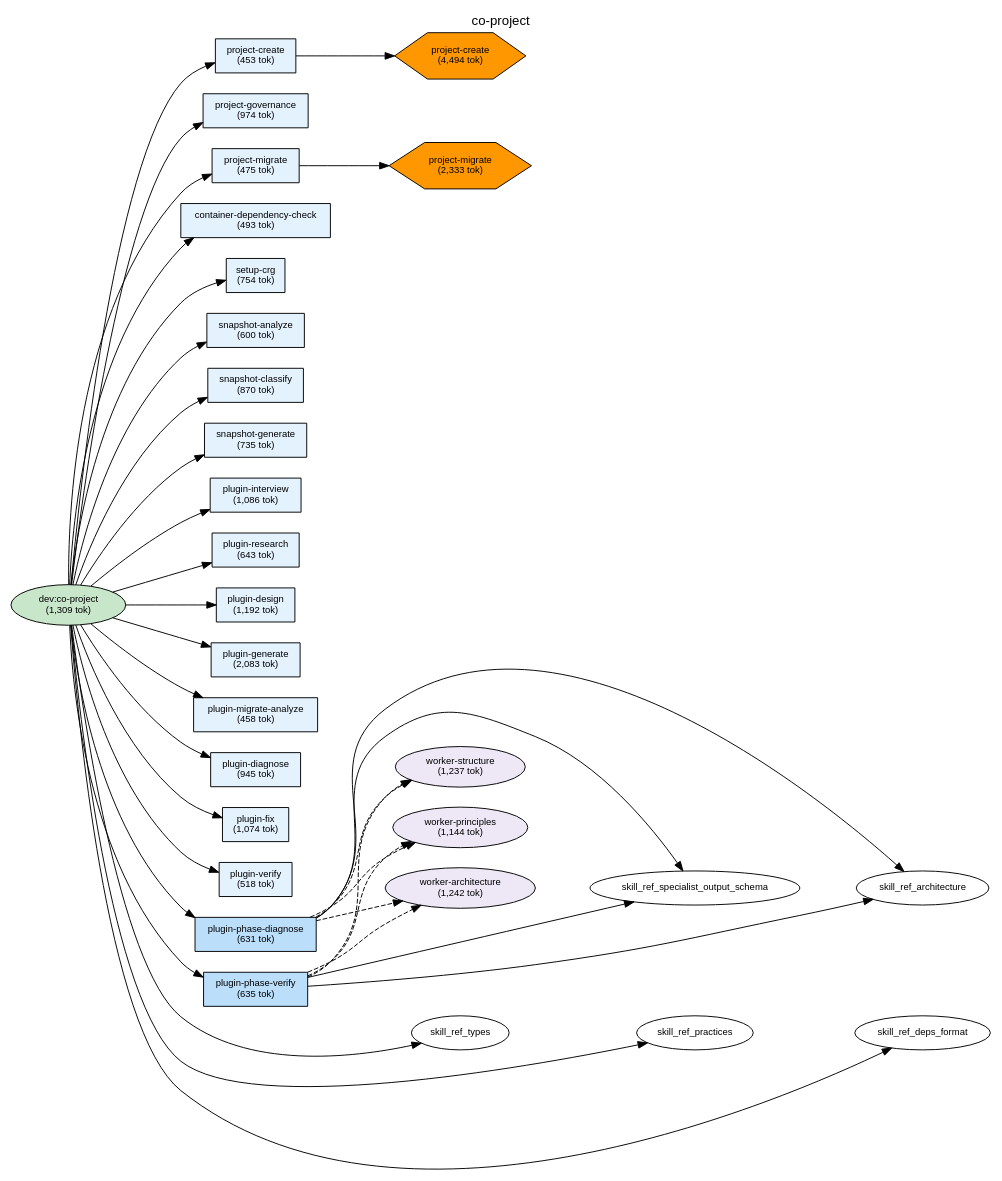
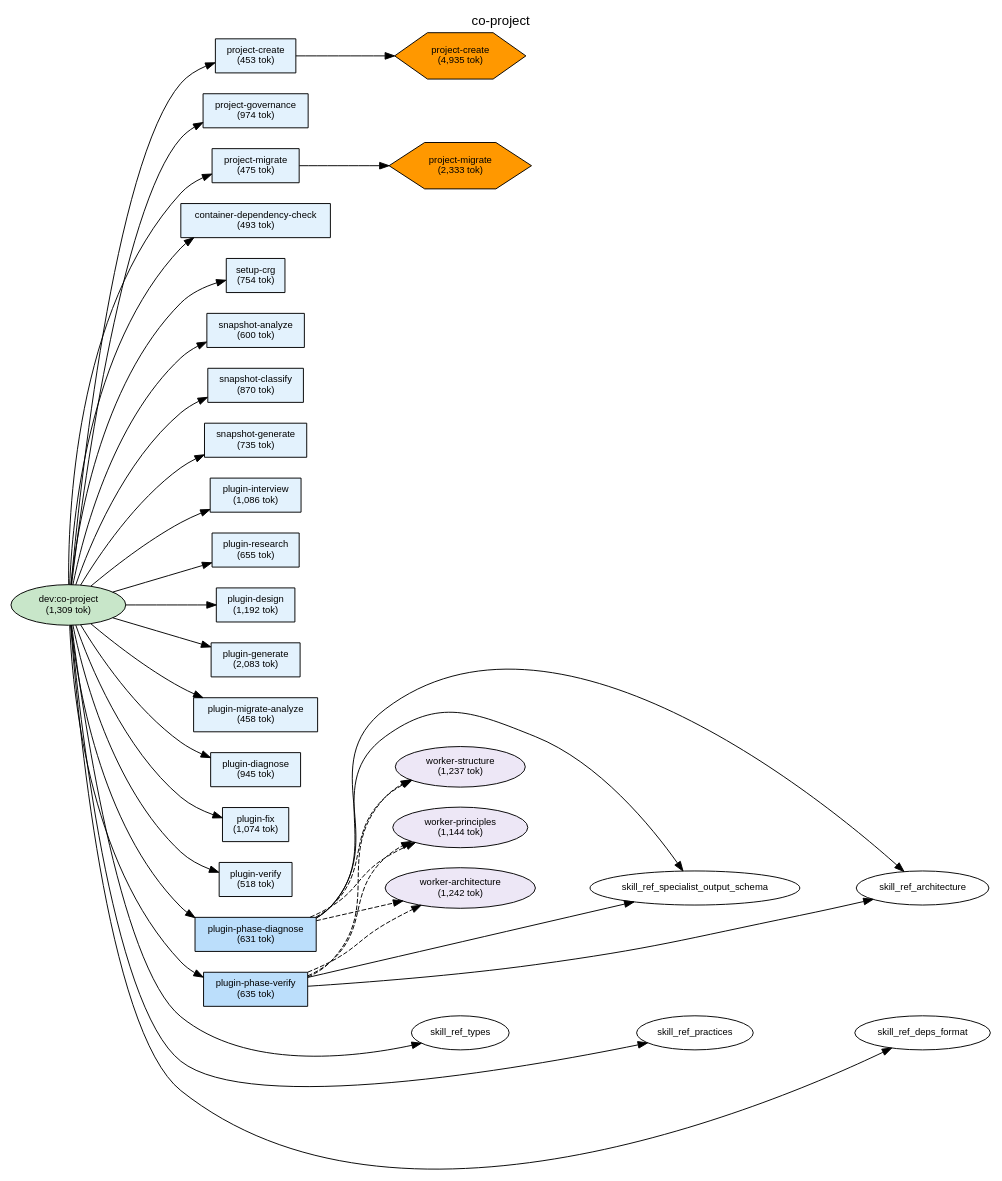
The diagram in plugins/dev/docs/deps-co-project.dot (shuu5/twill), drawn with Graphviz before and after one commit. The commit also changed 22 other files, not shown here.

```diff
--- a/plugins/dev/docs/deps-co-project.dot
+++ b/plugins/dev/docs/deps-co-project.dot
@@ -1,128 +1,128 @@
 digraph Dependencies {
     // Graph settings
     rankdir=LR;
     ranksep=0.8;
     nodesep=0.3;
     fontname="Helvetica";
     node [fontname="Helvetica", fontsize=10];
     edge [fontname="Helvetica", fontsize=9];
     label="co-project";
     labelloc=t;
     fontsize=14;
 
     // L0: Controller Skills
     skill_co_project [label="dev:co-project\n(1,309 tok)", shape=ellipse, style=filled, fillcolor="#c8e6c9"];
 
     // L0: Launchers
 
     // L0.5: Workflow Skills
 
     // Reference Skills
 
     // L1: Direct Commands
     cmd_project_create [label="project-create\n(453 tok)", shape=box, style=filled, fillcolor="#e3f2fd"];
     cmd_project_governance [label="project-governance\n(974 tok)", shape=box, style=filled, fillcolor="#e3f2fd"];
     cmd_project_migrate [label="project-migrate\n(475 tok)", shape=box, style=filled, fillcolor="#e3f2fd"];
     cmd_container_dependency_check [label="container-dependency-check\n(493 tok)", shape=box, style=filled, fillcolor="#e3f2fd"];
     cmd_setup_crg [label="setup-crg\n(754 tok)", shape=box, style=filled, fillcolor="#e3f2fd"];
     cmd_snapshot_analyze [label="snapshot-analyze\n(600 tok)", shape=box, style=filled, fillcolor="#e3f2fd"];
     cmd_snapshot_classify [label="snapshot-classify\n(870 tok)", shape=box, style=filled, fillcolor="#e3f2fd"];
     cmd_snapshot_generate [label="snapshot-generate\n(735 tok)", shape=box, style=filled, fillcolor="#e3f2fd"];
     cmd_plugin_interview [label="plugin-interview\n(1,086 tok)", shape=box, style=filled, fillcolor="#e3f2fd"];
-    cmd_plugin_research [label="plugin-research\n(643 tok)", shape=box, style=filled, fillcolor="#e3f2fd"];
+    cmd_plugin_research [label="plugin-research\n(655 tok)", shape=box, style=filled, fillcolor="#e3f2fd"];
     cmd_plugin_design [label="plugin-design\n(1,192 tok)", shape=box, style=filled, fillcolor="#e3f2fd"];
     cmd_plugin_generate [label="plugin-generate\n(2,083 tok)", shape=box, style=filled, fillcolor="#e3f2fd"];
     cmd_plugin_migrate_analyze [label="plugin-migrate-analyze\n(458 tok)", shape=box, style=filled, fillcolor="#e3f2fd"];
     cmd_plugin_diagnose [label="plugin-diagnose\n(945 tok)", shape=box, style=filled, fillcolor="#e3f2fd"];
     cmd_plugin_fix [label="plugin-fix\n(1,074 tok)", shape=box, style=filled, fillcolor="#e3f2fd"];
     cmd_plugin_verify [label="plugin-verify\n(518 tok)", shape=box, style=filled, fillcolor="#e3f2fd"];
     cmd_plugin_phase_diagnose [label="plugin-phase-diagnose\n(631 tok)", shape=box, style=filled, fillcolor="#bbdefb"];
     cmd_plugin_phase_verify [label="plugin-phase-verify\n(635 tok)", shape=box, style=filled, fillcolor="#bbdefb"];
 
     // L2: Sub Commands
 
     // L3: Agents
     agent_worker_structure [label="worker-structure\n(1,237 tok)", shape=ellipse, style=filled, fillcolor="#ede7f6"];
     agent_worker_principles [label="worker-principles\n(1,144 tok)", shape=ellipse, style=filled, fillcolor="#ede7f6"];
     agent_worker_architecture [label="worker-architecture\n(1,242 tok)", shape=ellipse, style=filled, fillcolor="#ede7f6"];
 
     // L3.5: Scripts
-    script_project_create [label="project-create\n(4,494 tok)", shape=hexagon, style=filled, fillcolor="#FF9800"];
+    script_project_create [label="project-create\n(4,935 tok)", shape=hexagon, style=filled, fillcolor="#FF9800"];
     script_project_migrate [label="project-migrate\n(2,333 tok)", shape=hexagon, style=filled, fillcolor="#FF9800"];
 
     // L4: External
 
     // Layer constraints
     { rank=same; skill_co_project; }
     { rank=same; cmd_project_create; cmd_project_governance; cmd_project_migrate; cmd_container_dependency_check; cmd_setup_crg; cmd_snapshot_analyze; cmd_snapshot_classify; cmd_snapshot_generate; cmd_plugin_interview; cmd_plugin_research; cmd_plugin_design; cmd_plugin_generate; cmd_plugin_migrate_analyze; cmd_plugin_diagnose; cmd_plugin_fix; cmd_plugin_verify; cmd_plugin_phase_diagnose; cmd_plugin_phase_verify; }
     { rank=same; agent_worker_structure; agent_worker_principles; agent_worker_architecture; }
     { rank=same; script_project_create; script_project_migrate; }
 
     // Edges
     skill_co_project -> cmd_project_create;
     skill_co_project -> cmd_project_governance;
     skill_co_project -> cmd_project_migrate;
     skill_co_project -> cmd_container_dependency_check;
     skill_co_project -> cmd_setup_crg;
     skill_co_project -> cmd_snapshot_analyze;
     skill_co_project -> cmd_snapshot_classify;
     skill_co_project -> cmd_snapshot_generate;
     skill_co_project -> cmd_plugin_interview;
     skill_co_project -> cmd_plugin_research;
     skill_co_project -> cmd_plugin_design;
     skill_co_project -> cmd_plugin_generate;
     skill_co_project -> cmd_plugin_migrate_analyze;
     skill_co_project -> cmd_plugin_diagnose;
     skill_co_project -> cmd_plugin_fix;
     skill_co_project -> cmd_plugin_verify;
     skill_co_project -> cmd_plugin_phase_diagnose;
     skill_co_project -> cmd_plugin_phase_verify;
     skill_co_project -> skill_ref_types;
     skill_co_project -> skill_ref_practices;
     skill_co_project -> skill_ref_deps_format;
     cmd_project_create -> script_project_create;
     cmd_project_migrate -> script_project_migrate;
     cmd_plugin_phase_diagnose -> agent_worker_structure [style=dashed];
     cmd_plugin_phase_diagnose -> agent_worker_principles [style=dashed];
     cmd_plugin_phase_diagnose -> agent_worker_architecture [style=dashed];
     cmd_plugin_phase_diagnose -> skill_ref_specialist_output_schema;
     cmd_plugin_phase_diagnose -> skill_ref_architecture;
     cmd_plugin_phase_verify -> agent_worker_structure [style=dashed];
     cmd_plugin_phase_verify -> agent_worker_principles [style=dashed];
     cmd_plugin_phase_verify -> agent_worker_architecture [style=dashed];
     cmd_plugin_phase_verify -> skill_ref_specialist_output_schema;
     cmd_plugin_phase_verify -> skill_ref_architecture;
 
     // Ordering constraints (invisible edges)
     cmd_project_create -> cmd_project_governance [style=invis, weight=10];
     cmd_project_governance -> cmd_project_migrate [style=invis, weight=10];
     cmd_project_migrate -> cmd_container_dependency_check [style=invis, weight=10];
     cmd_container_dependency_check -> cmd_setup_crg [style=invis, weight=10];
     cmd_setup_crg -> cmd_snapshot_analyze [style=invis, weight=10];
     cmd_snapshot_analyze -> cmd_snapshot_classify [style=invis, weight=10];
     cmd_snapshot_classify -> cmd_snapshot_generate [style=invis, weight=10];
     cmd_snapshot_generate -> cmd_plugin_interview [style=invis, weight=10];
     cmd_plugin_interview -> cmd_plugin_research [style=invis, weight=10];
     cmd_plugin_research -> cmd_plugin_design [style=invis, weight=10];
     cmd_plugin_design -> cmd_plugin_generate [style=invis, weight=10];
     cmd_plugin_generate -> cmd_plugin_migrate_analyze [style=invis, weight=10];
     cmd_plugin_migrate_analyze -> cmd_plugin_diagnose [style=invis, weight=10];
     cmd_plugin_diagnose -> cmd_plugin_fix [style=invis, weight=10];
     cmd_plugin_fix -> cmd_plugin_verify [style=invis, weight=10];
     cmd_plugin_verify -> cmd_plugin_phase_diagnose [style=invis, weight=10];
     cmd_plugin_phase_diagnose -> cmd_plugin_phase_verify [style=invis, weight=10];
     cmd_plugin_phase_verify -> skill_ref_types [style=invis, weight=10];
     skill_ref_types -> skill_ref_practices [style=invis, weight=10];
     skill_ref_practices -> skill_ref_deps_format [style=invis, weight=10];
     agent_worker_structure -> agent_worker_principles [style=invis, weight=10];
     agent_worker_principles -> agent_worker_architecture [style=invis, weight=10];
     agent_worker_architecture -> skill_ref_specialist_output_schema [style=invis, weight=10];
     skill_ref_specialist_output_schema -> skill_ref_architecture [style=invis, weight=10];
     agent_worker_structure -> agent_worker_principles [style=invis, weight=10];
     agent_worker_principles -> agent_worker_architecture [style=invis, weight=10];
     agent_worker_architecture -> skill_ref_specialist_output_schema [style=invis, weight=10];
     skill_ref_specialist_output_schema -> skill_ref_architecture [style=invis, weight=10];
     agent_worker_structure -> agent_worker_principles [style=invis, weight=10];
     agent_worker_structure -> agent_worker_principles [style=invis, weight=10];
 
 }
```
